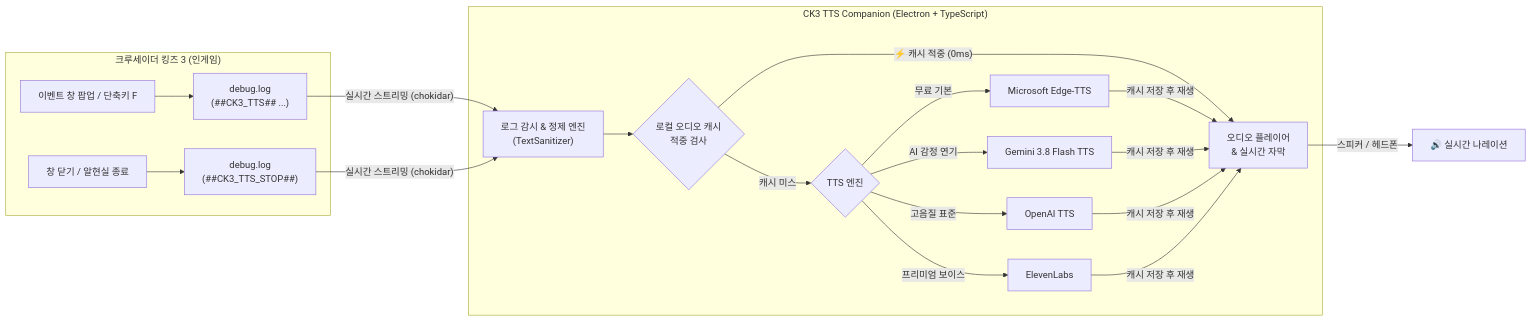
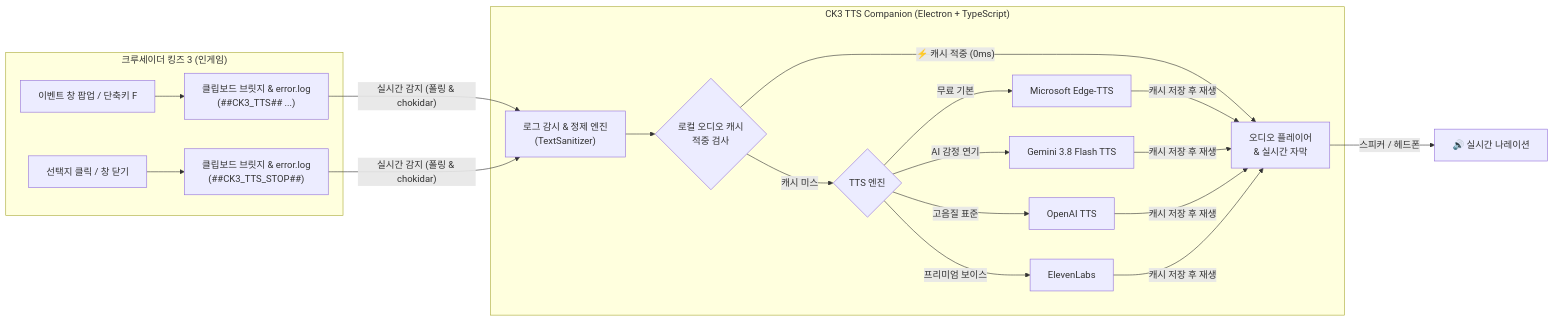
Before and after one commit to pmw0310/ck3-tts-companion: the diagram in README.md, drawn with Mermaid. The commit also changed other lines of this file and 86 other files, not shown here.

````diff
--- a/README.md
+++ b/README.md
@@ -25,21 +25,21 @@
 ```mermaid
 flowchart LR
     subgraph Game ["크루세이더 킹즈 3 (인게임)"]
-        A["이벤트 창 팝업 / 단축키 F"] --> B["debug.log<br/>(##CK3_TTS## ...)"]
-        A2["창 닫기 / 알현실 종료"] --> B2["debug.log<br/>(##CK3_TTS_STOP##)"]
+        A["이벤트 창 팝업 / 단축키 F"] --> B["클립보드 브릿지 & error.log<br/>(##CK3_TTS## ...)"]
+        A2["선택지 클릭 / 창 닫기"] --> B2["클립보드 브릿지 & error.log<br/>(##CK3_TTS_STOP##)"]
     end
 
     subgraph CompanionApp ["CK3 TTS Companion (Electron + TypeScript)"]
-        B & B2 -->|"실시간 스트리밍 (chokidar)"| C["로그 감시 & 정제 엔진<br/>(TextSanitizer)"]
+        B & B2 -->|"실시간 감지 (폴링 & chokidar)"| C["로그 감시 & 정제 엔진<br/>(TextSanitizer)"]
         C --> D{"로컬 오디오 캐시<br/>적중 검사"}
         D -->|"⚡ 캐시 적중 (0ms)"| G["오디오 플레이어<br/>& 실시간 자막"]
         D -->|"캐시 미스"| E{"TTS 엔진"}
         E -->|"무료 기본"| F1["Microsoft Edge-TTS"]
         E -->|"AI 감정 연기"| F2["Gemini 3.8 Flash TTS"]
         E -->|"고음질 표준"| F3["OpenAI TTS"]
         E -->|"프리미엄 보이스"| F4["ElevenLabs"]
         F1 & F2 & F3 & F4 -->|"캐시 저장 후 재생"| G
     end
 
     G -->|"스피커 / 헤드폰"| H["🔊 실시간 나레이션"]
 ```
````
